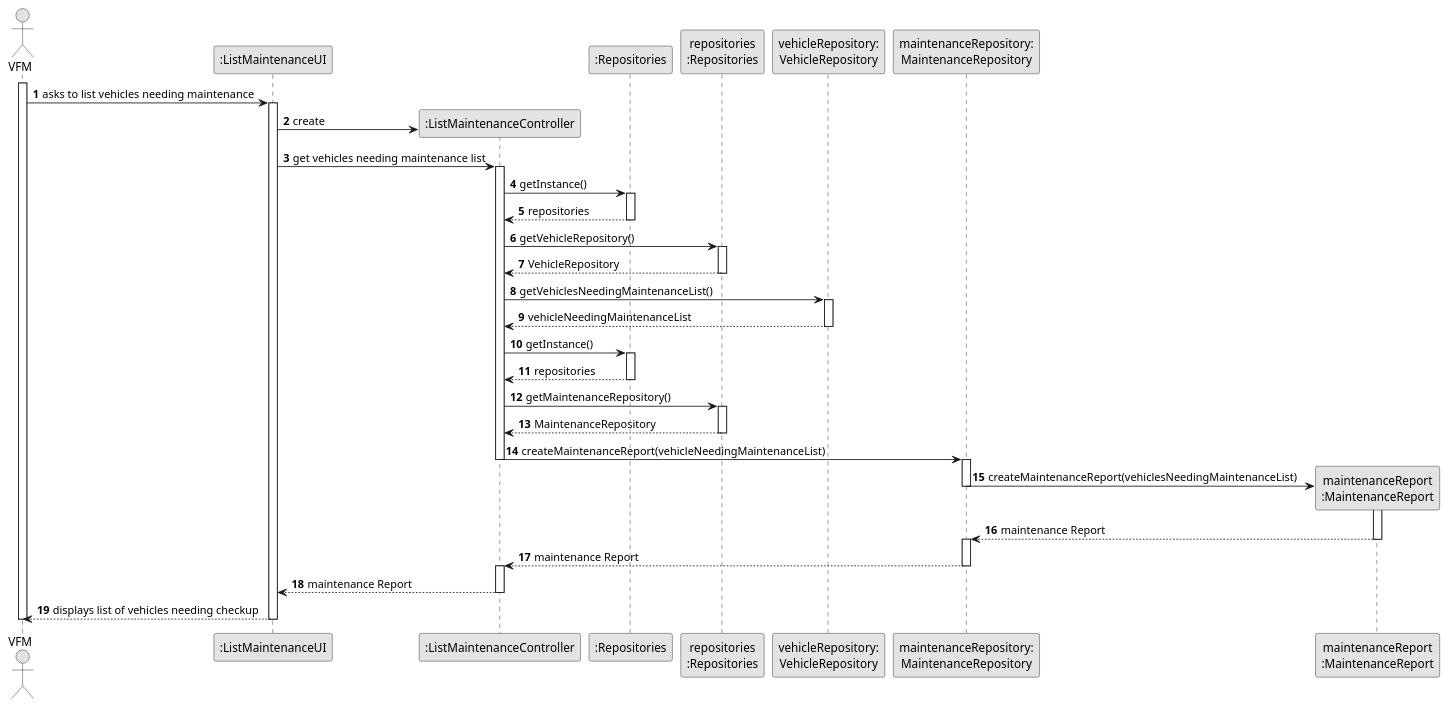
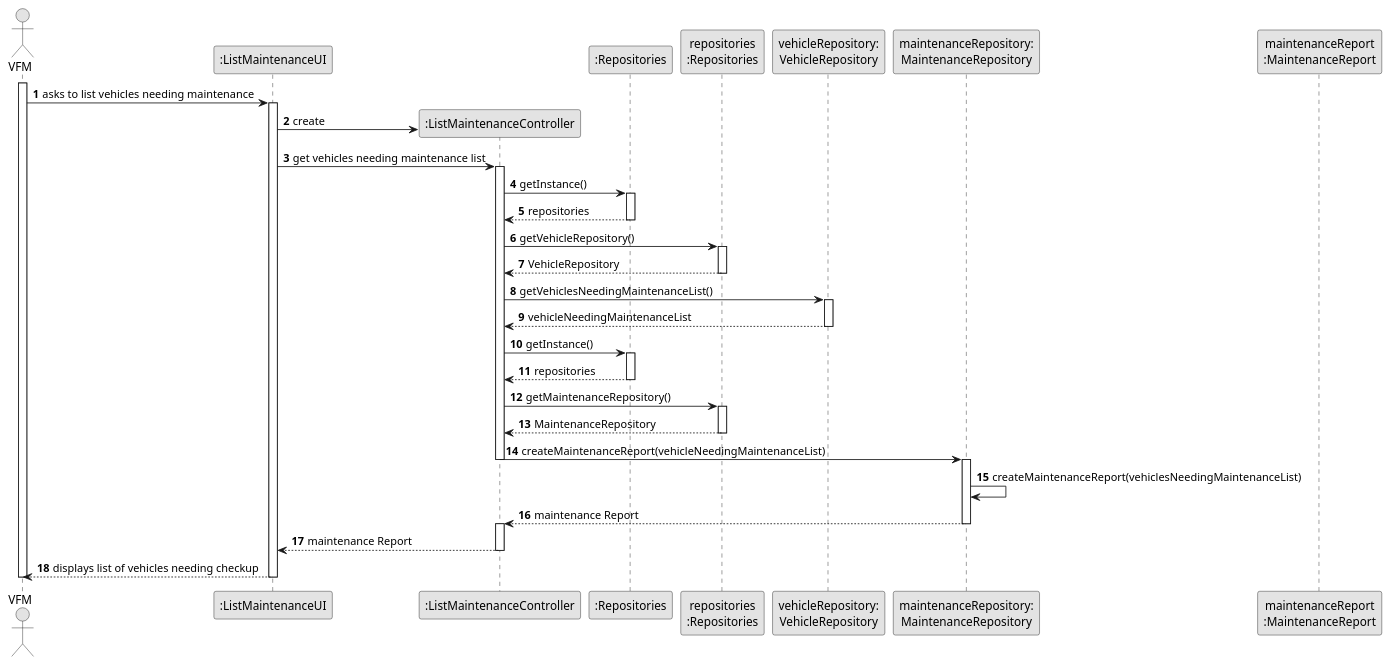
One commit to ricardomm7/leaflink changed the diagram in docs/sprintB/us008/03.design/puml/us008-sequence-diagram-full.puml. Above: the diagram before and after it, drawn with PlantUML. The commit also changed 10 other files, not shown here.

Commit message:
Refactor ListMaintenanceController and RegisterVehicleController for clarity and consistency; update sequence diagrams to reflect changes

```diff
--- a/docs/sprintB/us008/03.design/puml/us008-sequence-diagram-full.puml
+++ b/docs/sprintB/us008/03.design/puml/us008-sequence-diagram-full.puml
@@ -1,87 +1,79 @@
 @startuml
 skinparam monochrome true
 skinparam packageStyle rectangle
 skinparam shadowing false
 
 autonumber
 
 'hide footbox
 actor "VFM" as VFM
 participant ":ListMaintenanceUI" as UI
 participant ":ListMaintenanceController" as CTRL
 participant ":Repositories" as RepositorySingleton
 participant "repositories\n:Repositories" as PLAT
 participant "vehicleRepository:\nVehicleRepository" as VehicleRepository
 participant "maintenanceRepository:\nMaintenanceRepository" as MaintenanceRepository
 participant "maintenanceReport\n:MaintenanceReport" as MaintenanceReport
 
 activate VFM
 
     VFM -> UI : asks to list vehicles needing maintenance
     activate UI
 
         UI -> CTRL** : create
 
         UI -> CTRL : get vehicles needing maintenance list
         activate CTRL
 
             CTRL -> RepositorySingleton : getInstance()
             activate RepositorySingleton
 
                 RepositorySingleton --> CTRL: repositories
             deactivate RepositorySingleton
 
             CTRL -> PLAT : getVehicleRepository()
             activate PLAT
 
                 PLAT --> CTRL: VehicleRepository
             deactivate PLAT
 
             CTRL -> VehicleRepository : getVehiclesNeedingMaintenanceList()
             activate VehicleRepository
 
                 VehicleRepository --> CTRL : vehicleNeedingMaintenanceList
             deactivate VehicleRepository
 
 
                 CTRL -> RepositorySingleton : getInstance()
                 activate RepositorySingleton
 
                     RepositorySingleton --> CTRL: repositories
                 deactivate RepositorySingleton
 
                 CTRL -> PLAT : getMaintenanceRepository()
                 activate PLAT
 
                     PLAT --> CTRL: MaintenanceRepository
                 deactivate PLAT
 
 
                 CTRL -> MaintenanceRepository : createMaintenanceReport(vehicleNeedingMaintenanceList)
                 deactivate CTRL
                 activate MaintenanceRepository
 
-
-                    MaintenanceRepository -> MaintenanceReport **: createMaintenanceReport(vehiclesNeedingMaintenanceList)
-                    deactivate MaintenanceRepository
-                    activate MaintenanceReport
-
-                    MaintenanceReport --> MaintenanceRepository : maintenance Report
-                    deactivate MaintenanceReport
-
-                    activate MaintenanceRepository
+                MaintenanceRepository -> MaintenanceRepository: createMaintenanceReport(vehiclesNeedingMaintenanceList)
 
                 MaintenanceRepository --> CTRL : maintenance Report
                 deactivate MaintenanceRepository
 
             activate CTRL
 
             CTRL --> UI : maintenance Report
             deactivate CTRL
 
         UI --> VFM : displays list of vehicles needing checkup
     deactivate UI
 
 deactivate VFM
 
 @enduml
```
